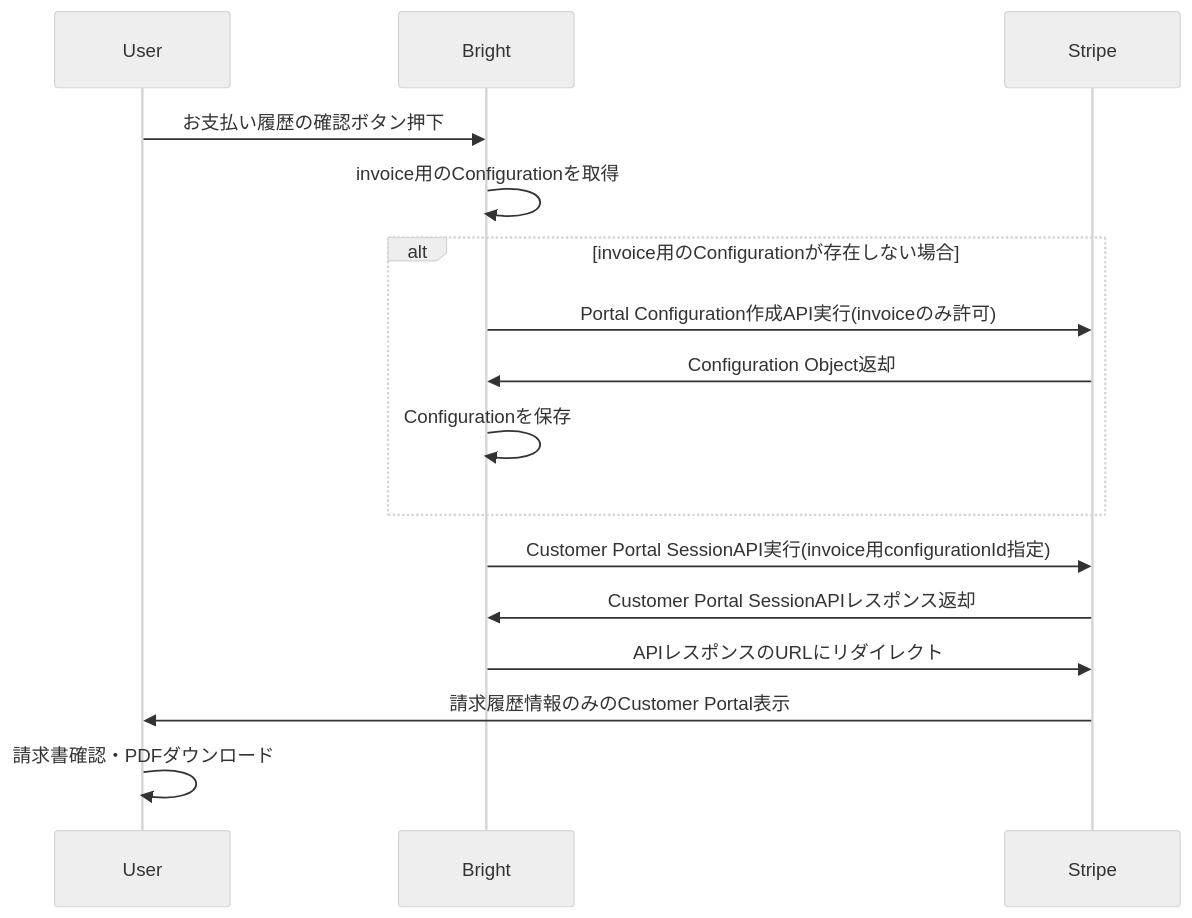
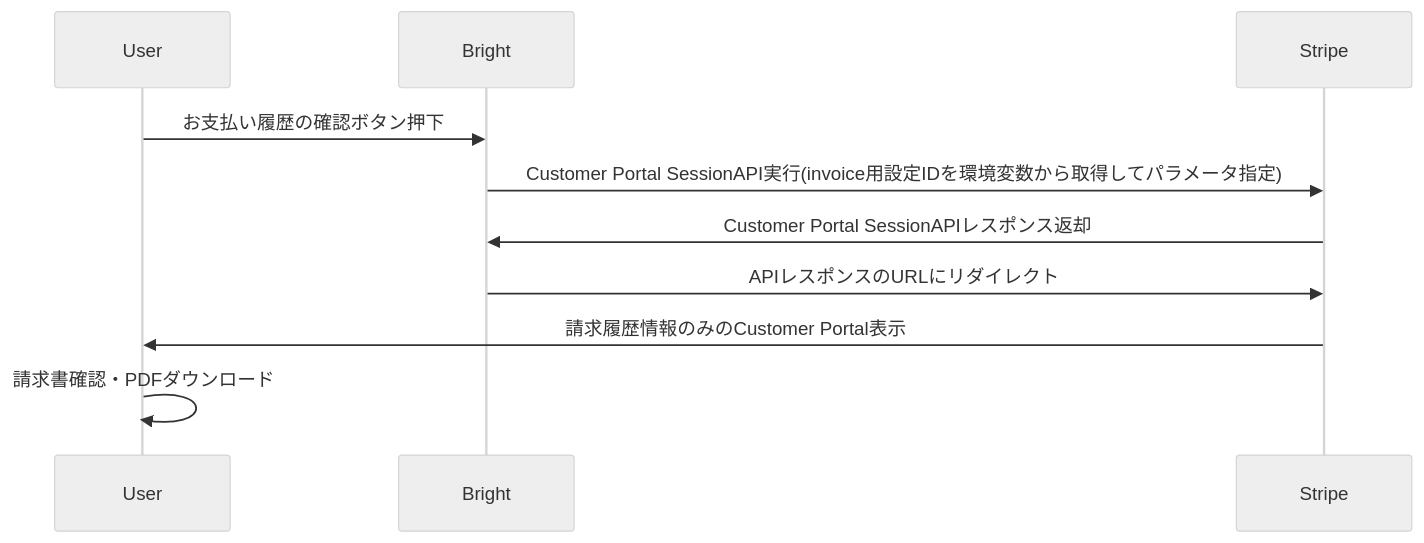
The ninth of 10 diagrams in docs/logics/subscription.md (bright-org/bright), drawn with Mermaid (neutral theme) before and after one commit. The commit also changed other lines of this file, not shown here.

Commit message:
決済関連の設計ドキュメント作成 - stripe_customer_portal_configurationsテーブルに保存する内容は環境変数保存へ変更するためテーブル設計情報を削除。また、本修正に伴い影響のあるシーケンス箇所も修正

````diff
--- a/docs/logics/subscription.md
+++ b/docs/logics/subscription.md
@@ -270,19 +234,13 @@
 ```mermaid
 sequenceDiagram
     participant User
     participant Bright
     participant Stripe
 
     User ->> Bright: お支払い履歴の確認ボタン押下
-    Bright ->> Bright: invoice用のConfigurationを取得
-    alt invoice用のConfigurationが存在しない場合
-        Bright ->> Stripe: Portal Configuration作成API実行(invoiceのみ許可)
-        Stripe ->> Bright: Configuration Object返却
-        Bright ->> Bright: Configurationを保存
-    end
-    Bright ->> Stripe: Customer Portal SessionAPI実行(invoice用configurationId指定)
+    Bright ->> Stripe: Customer Portal SessionAPI実行(invoice用設定IDを環境変数から取得してパラメータ指定)
     Stripe ->> Bright: Customer Portal SessionAPIレスポンス返却
     Bright ->> Stripe: APIレスポンスのURLにリダイレクト
     Stripe ->> User: 請求履歴情報のみのCustomer Portal表示
     User ->> User: 請求書確認・PDFダウンロード
 ```
````
